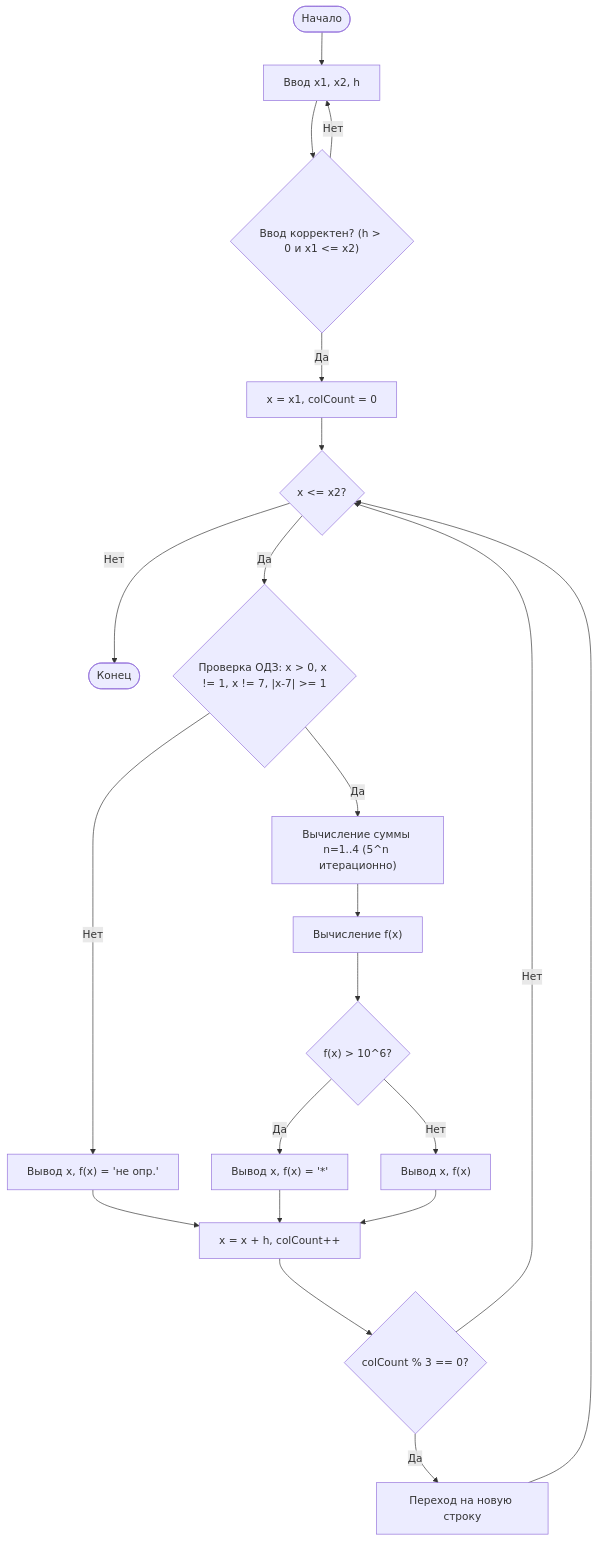
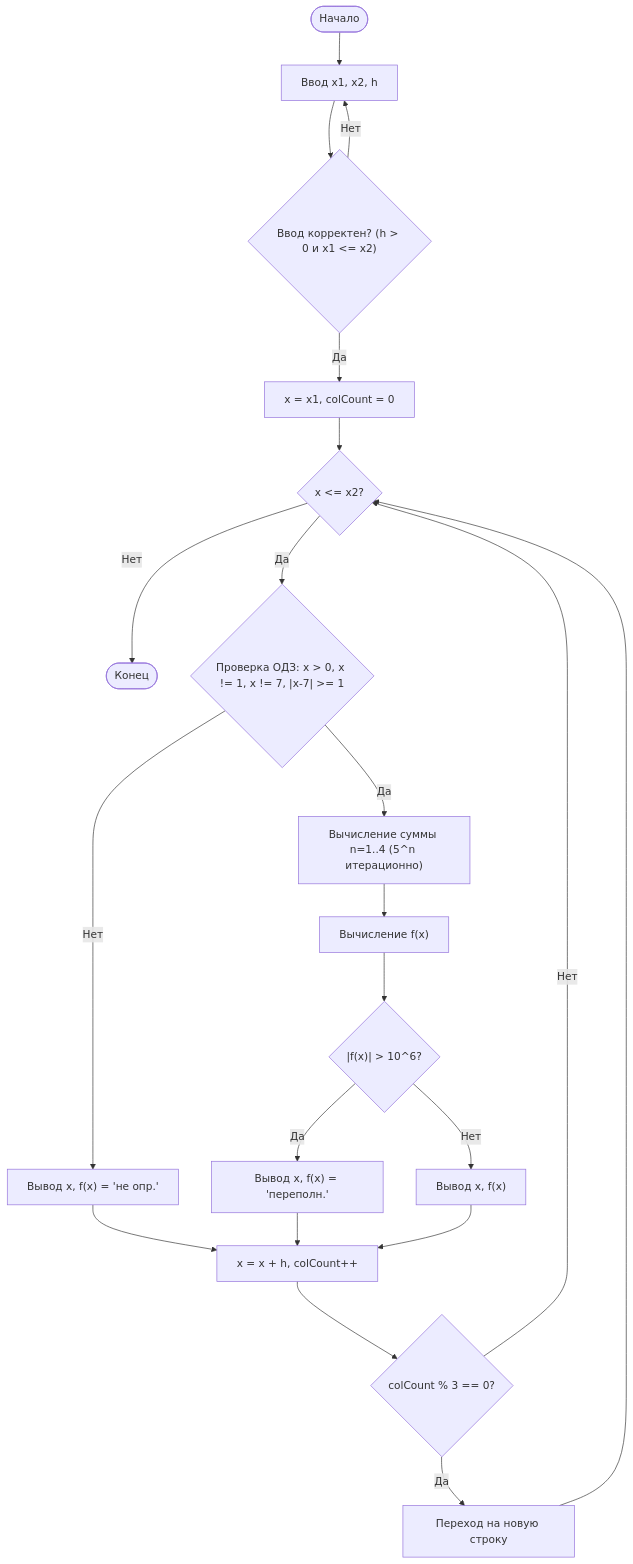
One commit to shalkenbayev/c_homework changed the diagram in 2/flowchart.mermaid. Above: the diagram before and after it, drawn with Mermaid. The commit also changed 3 other files, not shown here.

```diff
--- a/2/flowchart.mermaid
+++ b/2/flowchart.mermaid
@@ -1,28 +1,28 @@
 flowchart TD
     Start(["Начало"]) --> Input["Ввод x1, x2, h"]
     Input --> ValidInput{"Ввод корректен? (h > 0 и x1 <= x2)"}
     ValidInput -- "Нет" --> Input
     ValidInput -- "Да" --> InitX["x = x1, colCount = 0"]
     
     InitX --> LoopX{"x <= x2?"}
     LoopX -- "Нет" --> End(["Конец"])
     
     LoopX -- "Да" --> CheckODZ{"Проверка ОДЗ: x > 0, x != 1, x != 7, |x-7| >= 1"}
     
     CheckODZ -- "Нет" --> PrintUndef["Вывод x, f(x) = 'не опр.'"]
     CheckODZ -- "Да" --> CalcSum["Вычисление суммы n=1..4 (5^n итерационно)"]
     
     CalcSum --> CalcFinal["Вычисление f(x)"]
-    CalcFinal --> CheckOverflow{"f(x) > 10^6?"}
+    CalcFinal --> CheckOverflow{"|f(x)| > 10^6?"}
     
-    CheckOverflow -- "Да" --> PrintOverflow["Вывод x, f(x) = '*'"]
+    CheckOverflow -- "Да" --> PrintOverflow["Вывод x, f(x) = 'переполн.'"]
     CheckOverflow -- "Нет" --> PrintResult["Вывод x, f(x)"]
     
     PrintUndef --> NextX
     PrintOverflow --> NextX
     PrintResult --> NextX
     
     NextX["x = x + h, colCount++"] --> TableFormat{"colCount % 3 == 0?"}
     TableFormat -- "Да" --> NewLine["Переход на новую строку"]
     TableFormat -- "Нет" --> LoopX
     NewLine --> LoopX
```
